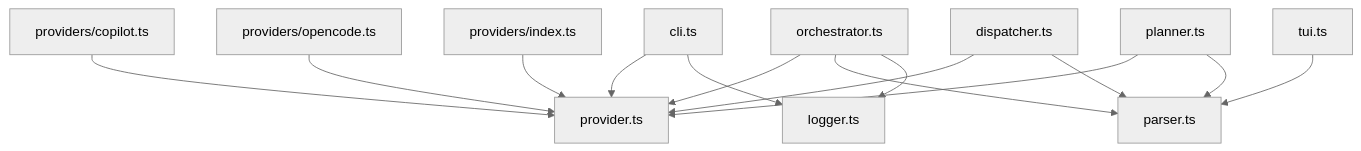
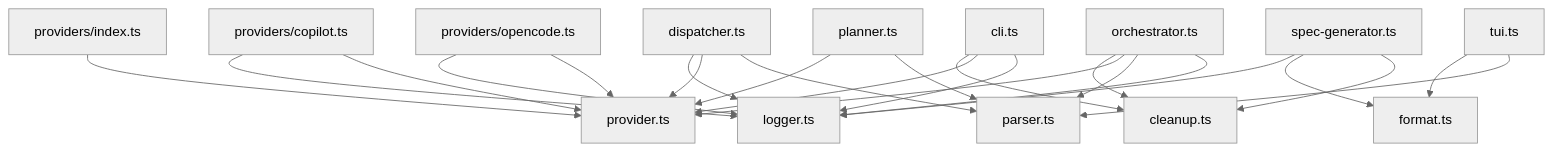
The diagram in docs/shared-types/overview.md (PatrickRuddiman/Dispatch), drawn with Mermaid (neutral theme) before and after one commit. The commit also changed other lines of this file and 25 other files, not shown here.

````diff
--- a/docs/shared-types/overview.md
+++ b/docs/shared-types/overview.md
@@ -26,16 +32,25 @@
 ```mermaid
 graph TD
     CLI["cli.ts"] --> Logger["logger.ts"]
     CLI --> ProviderTypes["provider.ts"]
+    CLI --> Cleanup["cleanup.ts"]
     Orchestrator["orchestrator.ts"] --> Logger
     Orchestrator --> Parser["parser.ts"]
     Orchestrator --> ProviderTypes
+    Orchestrator --> Cleanup
+    SpecGen["spec-generator.ts"] --> Cleanup
+    SpecGen --> Format["format.ts"]
+    SpecGen --> Logger
     Planner["planner.ts"] --> Parser
     Planner --> ProviderTypes
     Dispatcher["dispatcher.ts"] --> Parser
     Dispatcher --> ProviderTypes
+    Dispatcher --> Logger
     TUI["tui.ts"] --> Parser
+    TUI --> Format
     ProvidersIndex["providers/index.ts"] --> ProviderTypes
     OpenCode["providers/opencode.ts"] --> ProviderTypes
+    OpenCode --> Logger
     Copilot["providers/copilot.ts"] --> ProviderTypes
+    Copilot --> Logger
 ```
````
